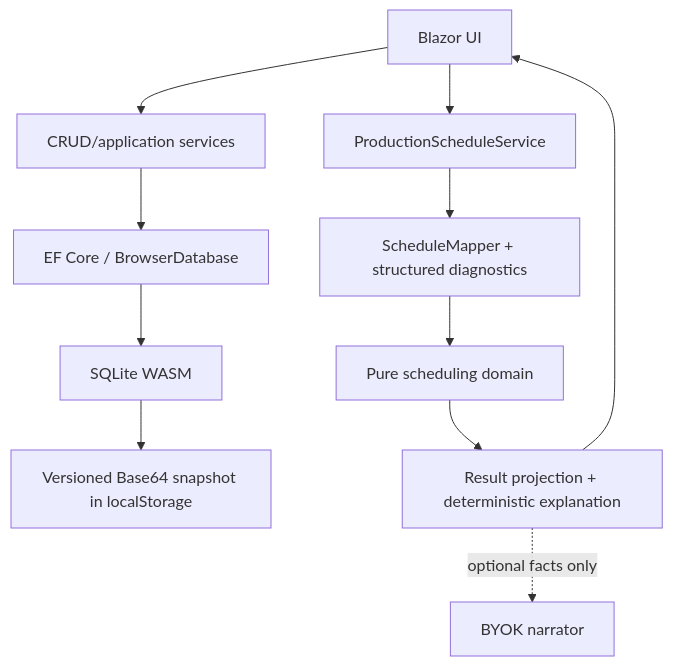
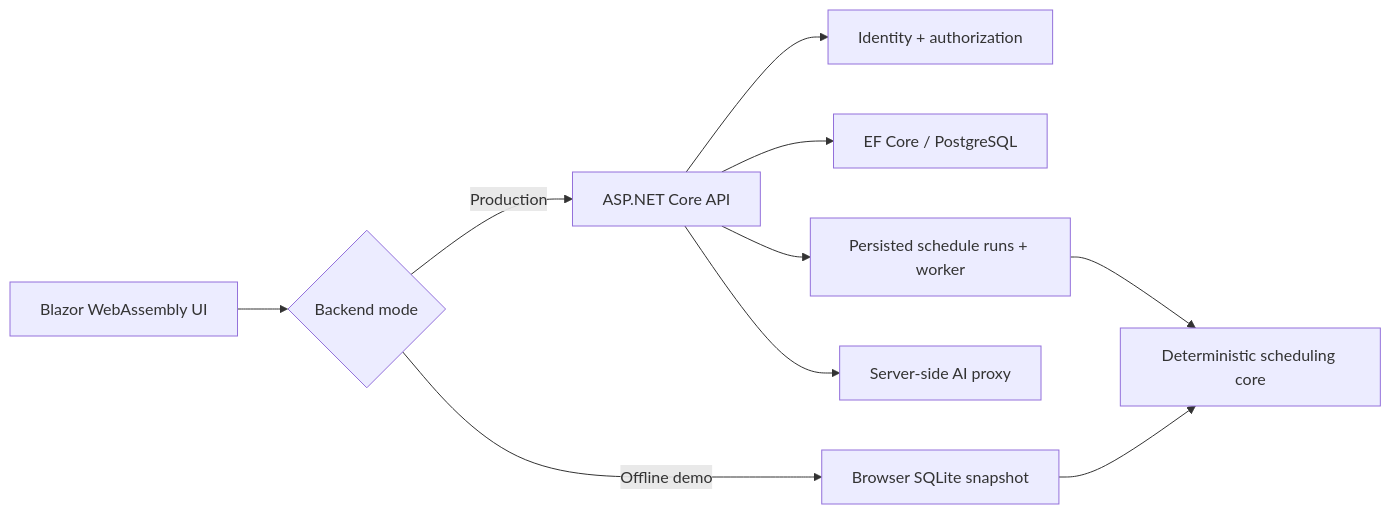
Before and after one commit to aco993/WorkPlanStudio: the diagram in docs/ARCHITECTURE.md, drawn with Mermaid. The commit also changed other lines of this file and 17 other files, not shown here.

Commit message:
docs(portfolio): document architecture evidence and interview defense

````diff
--- a/docs/ARCHITECTURE.md
+++ b/docs/ARCHITECTURE.md
@@ -5,13 +5,12 @@
 ```mermaid
-flowchart TD
-    UI["Blazor UI"] --> APP["CRUD/application services"]
-    APP --> EF["EF Core / BrowserDatabase"]
-    EF --> SQL["SQLite WASM"]
-    SQL --> LS["Versioned Base64 snapshot in localStorage"]
-    UI --> PS["ProductionScheduleService"]
-    PS --> MAP["ScheduleMapper + structured diagnostics"]
-    MAP --> CORE["Pure scheduling domain"]
-    CORE --> VIEW["Result projection + deterministic explanation"]
-    VIEW --> UI
-    VIEW -. optional facts only .-> AI["BYOK narrator"]
+flowchart LR
+    UI["Blazor WebAssembly UI"] --> MODE{"Backend mode"}
+    MODE -->|Production| API["ASP.NET Core API"]
+    API --> AUTH["Identity + authorization"]
+    API --> DB["EF Core / PostgreSQL"]
+    API --> QUEUE["Persisted schedule runs + worker"]
+    QUEUE --> CORE["Deterministic scheduling core"]
+    API --> AI["Server-side AI proxy"]
+    MODE -->|Offline demo| BDB["Browser SQLite snapshot"]
+    BDB --> CORE
 ```
````
